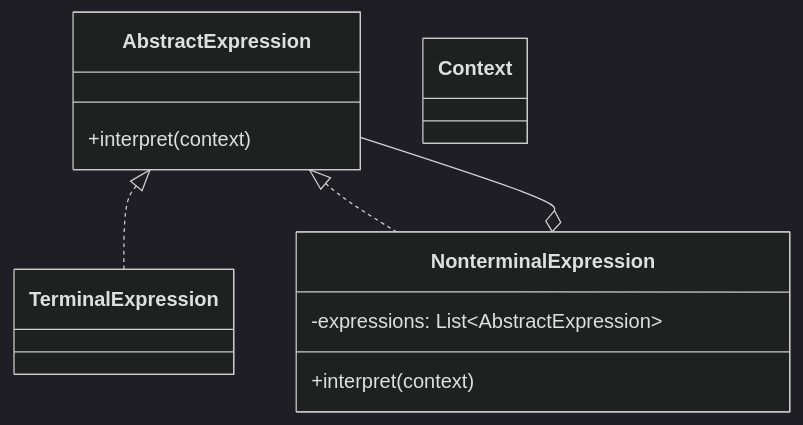
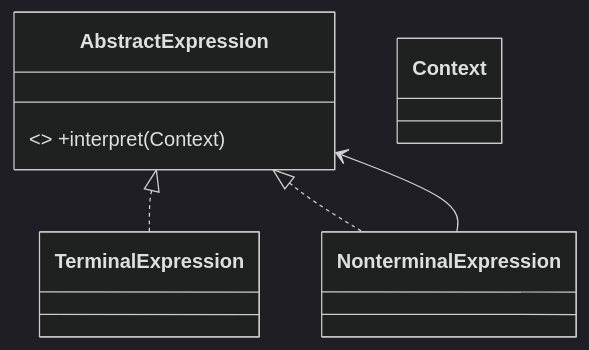
Diagram 15 of 23 in README.md (apdaza/gof-patterns-in-pygame), drawn with Mermaid (dark theme) before and after one commit. The commit also changed other lines of this file, not shown here.

````diff
--- a/README.md
+++ b/README.md
@@ -332,17 +650,10 @@
 ```mermaid
 classDiagram
-    direction TD
-    class AbstractExpression {
-      +interpret(context)
-    }
-    class TerminalExpression
-    class NonterminalExpression {
-      -expressions: List~AbstractExpression~
-      +interpret(context)
-    }
-    class Context
-
-    AbstractExpression <|.. TerminalExpression
-    AbstractExpression <|.. NonterminalExpression
-    NonterminalExpression o-- AbstractExpression
+class AbstractExpression{<<interface>> +interpret(Context)}
+class TerminalExpression
+class NonterminalExpression
+class Context
+AbstractExpression <|.. TerminalExpression
+AbstractExpression <|.. NonterminalExpression
+NonterminalExpression --> AbstractExpression
 ```
````
